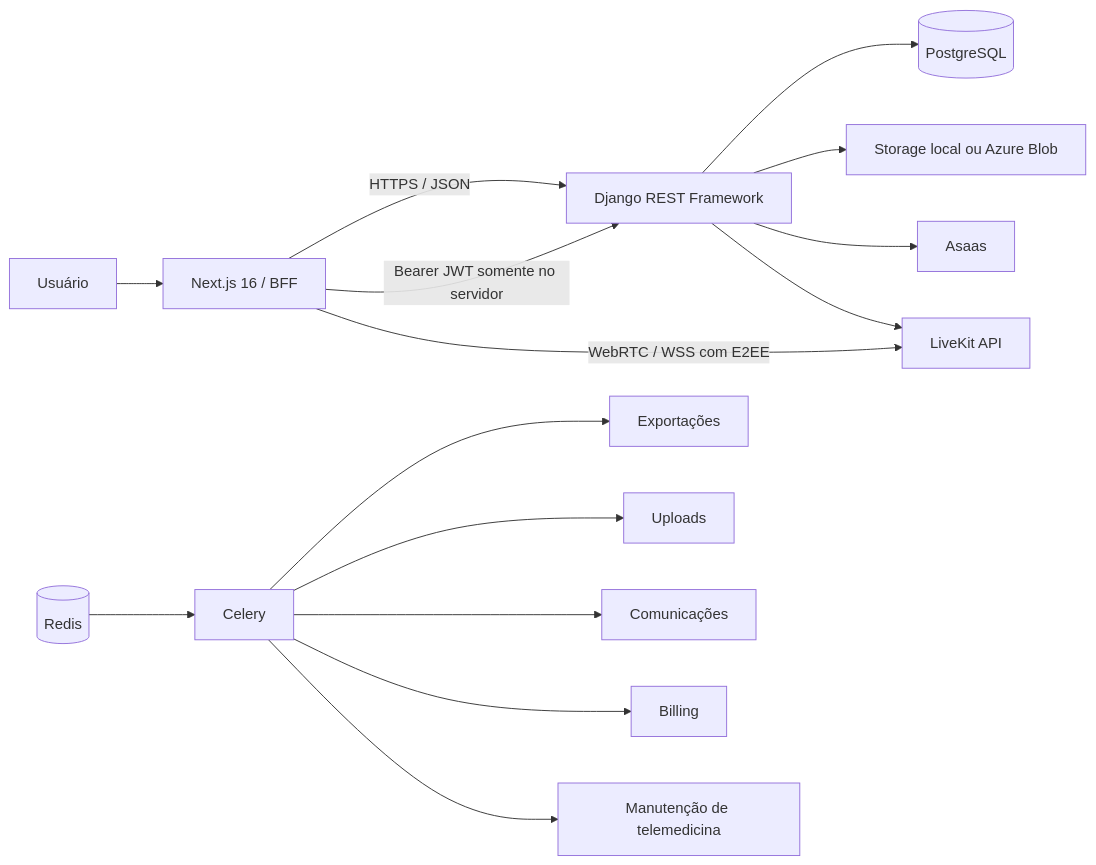
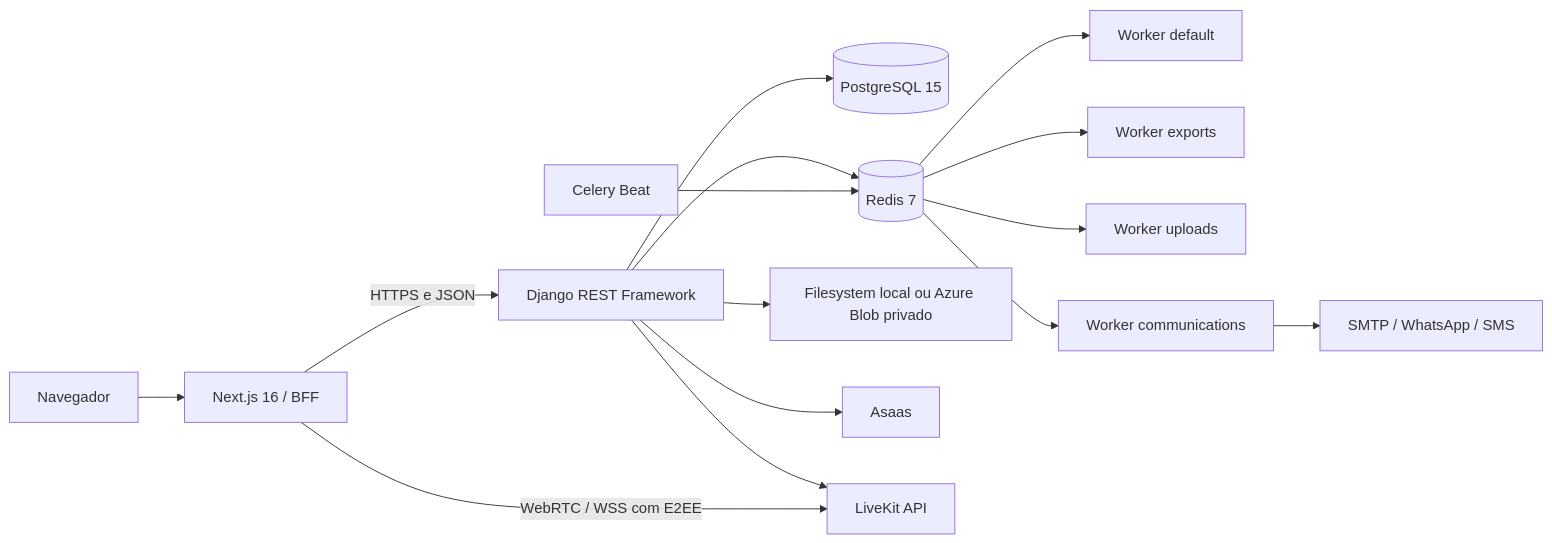
The diagram in README.md (FlavioProgramador/EloTerapeutico), drawn with Mermaid before and after one commit. The commit also changed other lines of this file, not shown here.

````diff
--- a/README.md
+++ b/README.md
@@ -53,17 +38,17 @@
 ```mermaid
 flowchart LR
-    U[Usuário] --> F[Next.js 16 / BFF]
-    F -->|HTTPS / JSON| A[Django REST Framework]
-    F -->|Bearer JWT somente no servidor| A
-    A --> P[(PostgreSQL)]
-    A --> S[Storage local ou Azure Blob]
+    U[Navegador] --> F[Next.js 16 / BFF]
+    F -->|HTTPS e JSON| A[Django REST Framework]
+    A --> P[(PostgreSQL 15)]
+    A --> R[(Redis 7)]
+    R --> WD[Worker default]
+    R --> WE[Worker exports]
+    R --> WU[Worker uploads]
+    R --> WC[Worker communications]
+    B[Celery Beat] --> R
+    A --> S[Filesystem local ou Azure Blob privado]
     A --> G[Asaas]
     A --> L[LiveKit API]
     F -->|WebRTC / WSS com E2EE| L
-    R[(Redis)] --> C[Celery]
-    C --> EX[Exportações]
-    C --> UP[Uploads]
-    C --> CO[Comunicações]
-    C --> BI[Billing]
-    C --> TM[Manutenção de telemedicina]
+    WC --> E[SMTP / WhatsApp / SMS]
 ```
````
